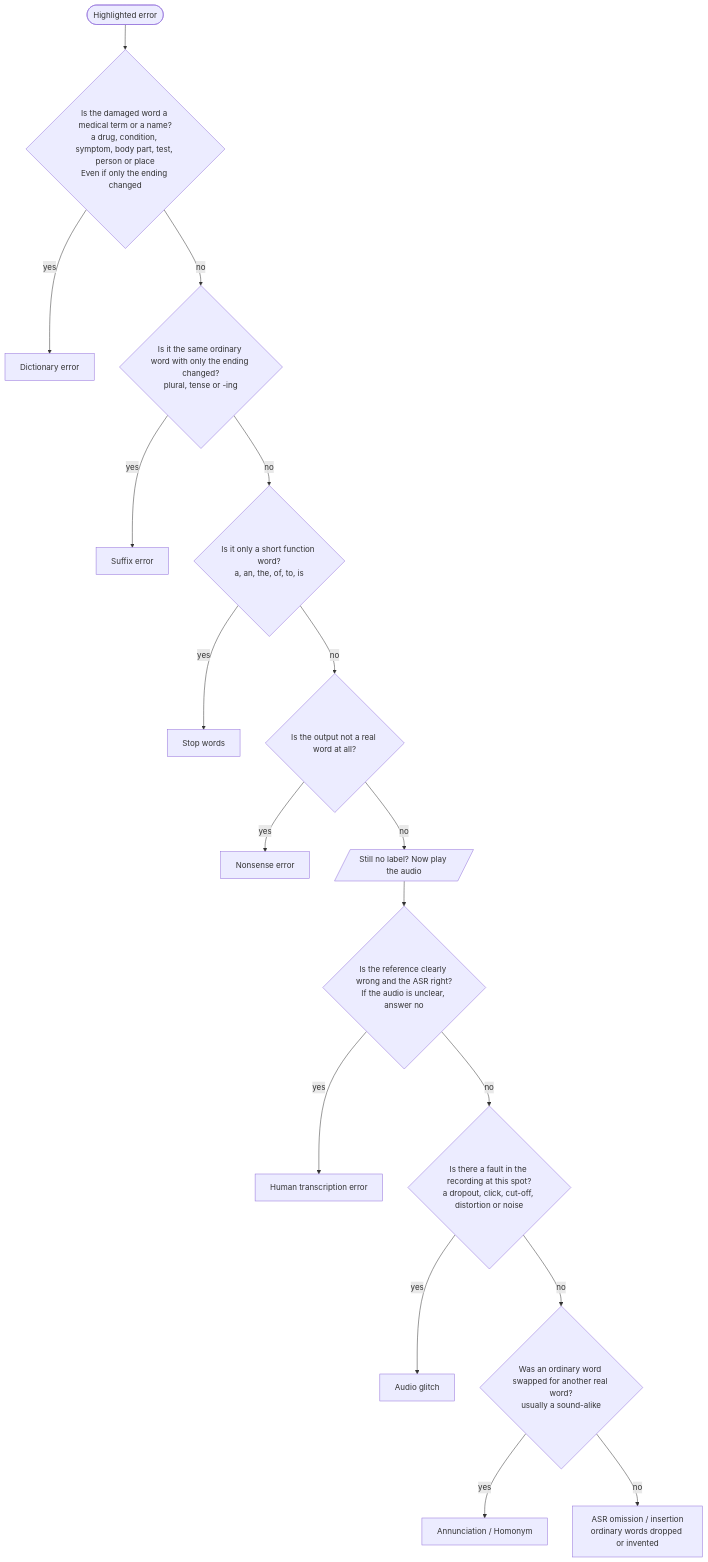
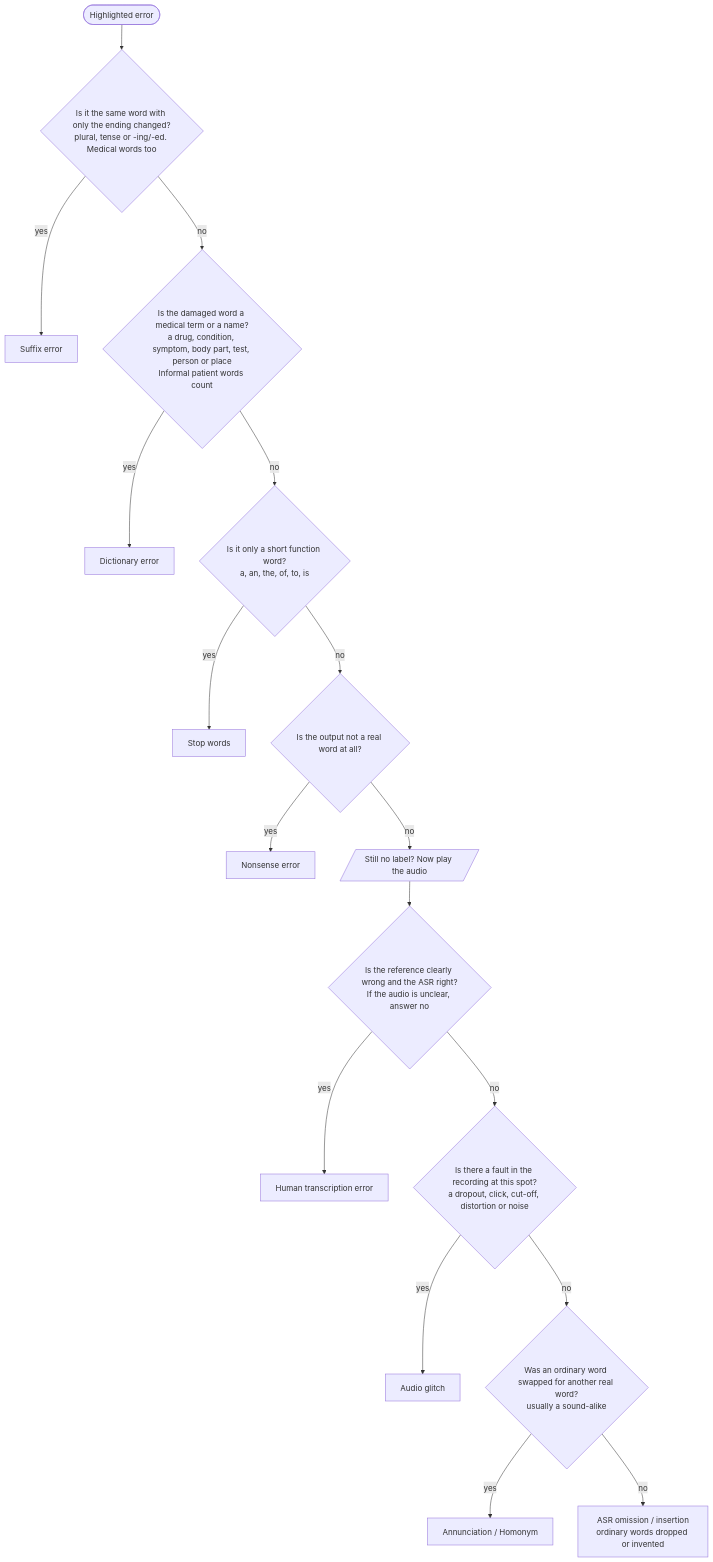
The diagram in annotation_tool/DRAFT_annotation_guide_v3.md (intron-innovation/medical-asr-safety-taxonomy), drawn with Mermaid before and after one commit. The commit also changed other lines of this file and 6 other files, not shown here.

Commit message:
Suffix-first label order, informal words and INS/DEL pairing, 5-word severity rule, audio skip/speed controls, instruction-page edits

````diff
--- a/annotation_tool/DRAFT_annotation_guide_v3.md
+++ b/annotation_tool/DRAFT_annotation_guide_v3.md
@@ -17,19 +17,19 @@
 ```mermaid
 flowchart TD
-    S([Highlighted error]) --> Q1{Is the damaged word a medical term or a name?<br/>a drug, condition, symptom, body part, test, person or place<br/>Even if only the ending changed}
-    Q1 -- yes --> D[Dictionary error]
-    Q1 -- no --> Q2{Is it the same ordinary word with only the ending changed?<br/>plural, tense or -ing}
-    Q2 -- yes --> SU[Suffix error]
+    S([Highlighted error]) --> Q1{Is it the same word with only the ending changed?<br/>plural, tense or -ing/-ed. Medical words too}
+    Q1 -- yes --> SU[Suffix error]
+    Q1 -- no --> Q2{Is the damaged word a medical term or a name?<br/>a drug, condition, symptom, body part, test, person or place<br/>Informal patient words count}
+    Q2 -- yes --> D[Dictionary error]
     Q2 -- no --> Q3{Is it only a short function word?<br/>a, an, the, of, to, is}
     Q3 -- yes --> SW[Stop words]
     Q3 -- no --> Q4{Is the output not a real word at all?}
     Q4 -- yes --> N[Nonsense error]
     Q4 -- no --> AU[/Still no label? Now play the audio/]
     AU --> Q5{Is the reference clearly wrong and the ASR right?<br/>If the audio is unclear, answer no}
     Q5 -- yes --> H[Human transcription error]
     Q5 -- no --> Q6{Is there a fault in the recording at this spot?<br/>a dropout, click, cut-off, distortion or noise}
     Q6 -- yes --> AG[Audio glitch]
     Q6 -- no --> Q7{Was an ordinary word swapped for another real word?<br/>usually a sound-alike}
     Q7 -- yes --> A[Annunciation / Homonym]
     Q7 -- no --> O[ASR omission / insertion<br/>ordinary words dropped or invented]
 ```
````
